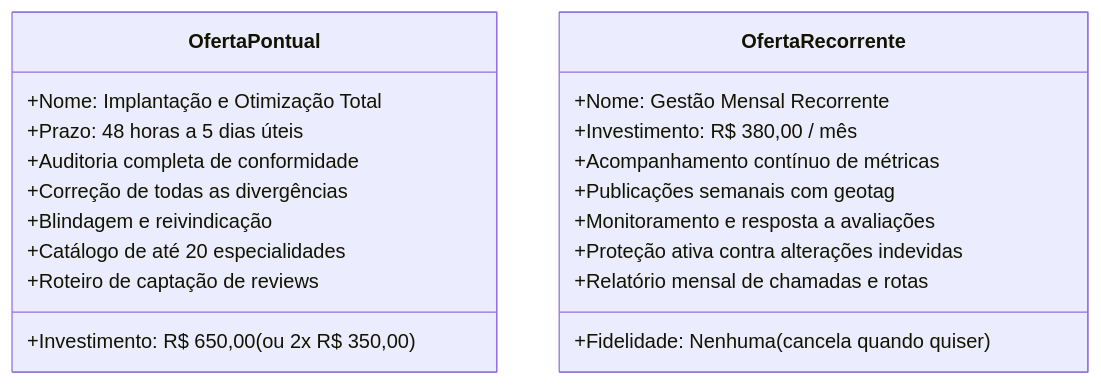
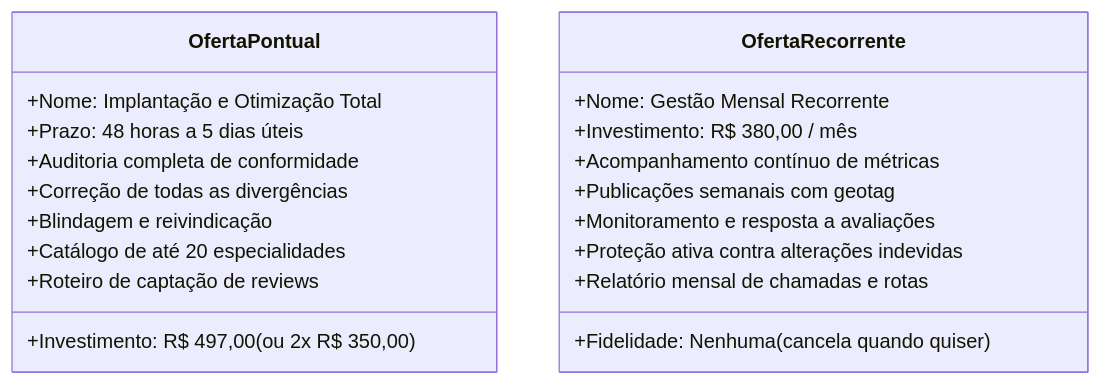
Before and after one commit to leoferrazdev/leonardo-brasil: the second of 2 diagrams in cofre-leonardo-brasil/30 - Comercial e CRM/01 - Método e Oferta/O Framework dos 3 Pilares da Oferta.md, drawn with Mermaid. The commit also changed other lines of this file and 11 other files, not shown here.

````diff
--- a/cofre-leonardo-brasil/30 - Comercial e CRM/01 - Método e Oferta/O Framework dos 3 Pilares da Oferta.md
+++ b/cofre-leonardo-brasil/30 - Comercial e CRM/01 - Método e Oferta/O Framework dos 3 Pilares da Oferta.md
@@ -74,23 +74,23 @@
 ```mermaid
 classDiagram
     class OfertaPontual {
         +Nome: Implantação e Otimização Total
         +Prazo: 48 horas a 5 dias úteis
-        +Investimento: R$ 650,00 (ou 2x R$ 350,00)
+        +Investimento: R$ 497,00 (ou 2x R$ 350,00)
         +Auditoria completa de conformidade
         +Correção de todas as divergências
         +Blindagem e reivindicação
         +Catálogo de até 20 especialidades
         +Roteiro de captação de reviews
     }
     class OfertaRecorrente {
         +Nome: Gestão Mensal Recorrente
         +Fidelidade: Nenhuma (cancela quando quiser)
         +Investimento: R$ 380,00 / mês
         +Acompanhamento contínuo de métricas
         +Publicações semanais com geotag
         +Monitoramento e resposta a avaliações
         +Proteção ativa contra alterações indevidas
         +Relatório mensal de chamadas e rotas
     }
 ```
````
